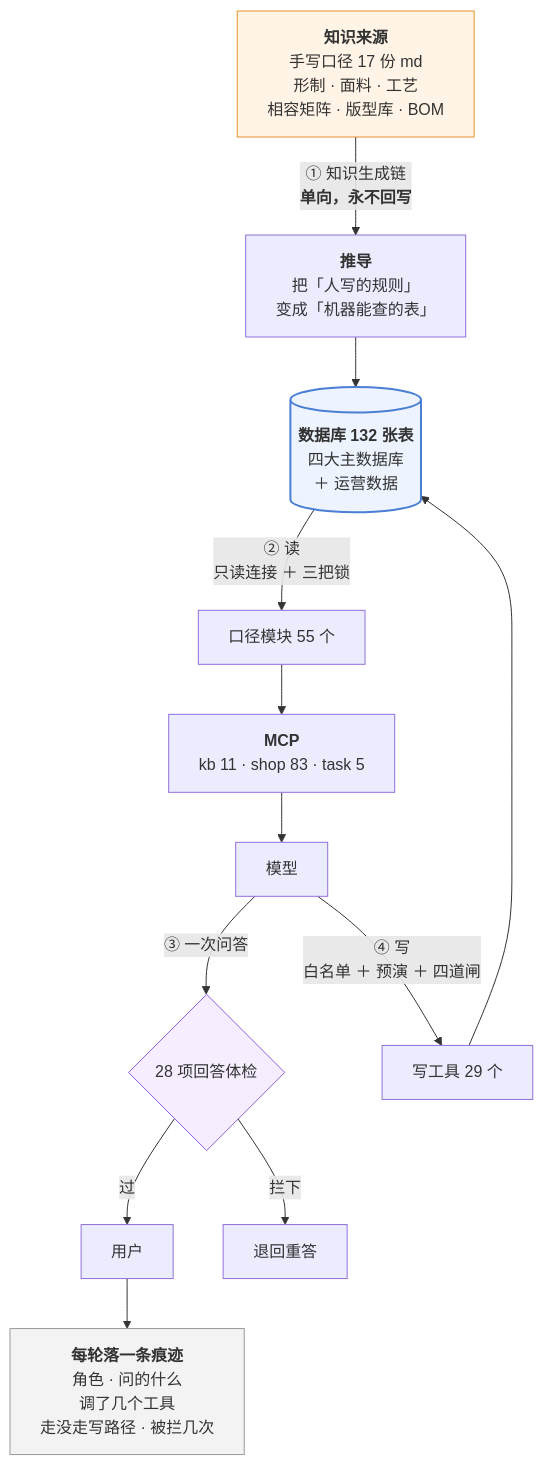
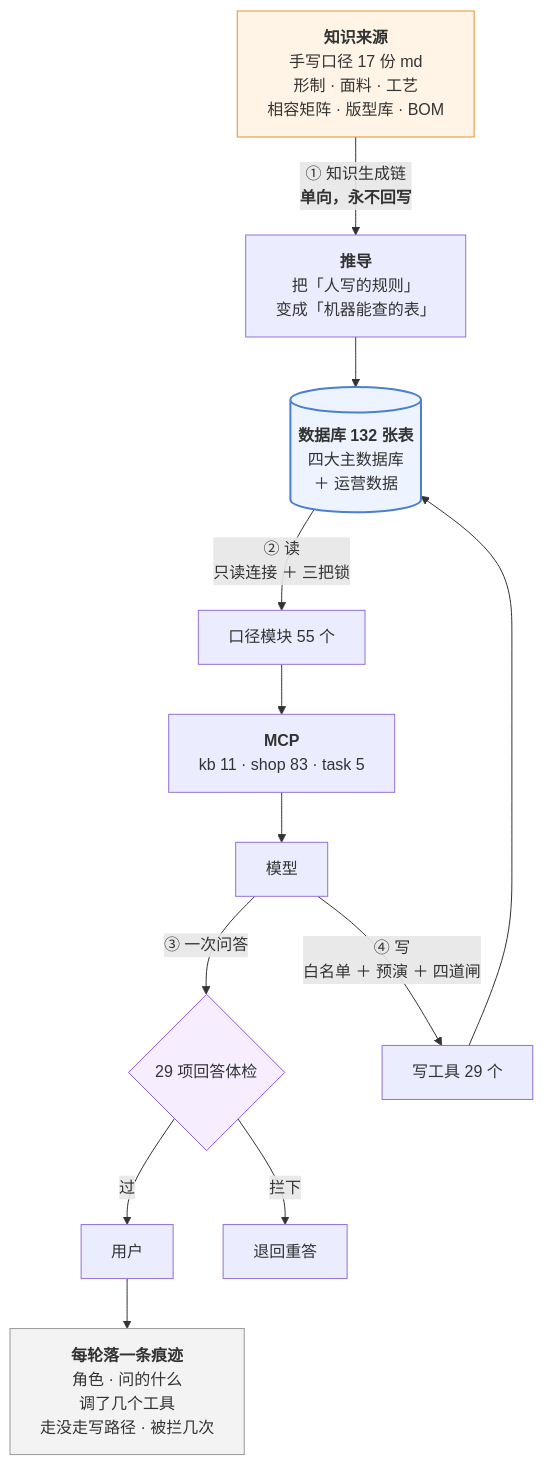
The third of 3 diagrams in 澜绣云裳agent-产品说明.md (843773296-rgb/lanxiu-yunshang-agent), drawn with Mermaid before and after one commit. The commit also changed other lines of this file and 5 other files, not shown here.

````diff
--- a/澜绣云裳agent-产品说明.md
+++ b/澜绣云裳agent-产品说明.md
@@ -1044,24 +1044,24 @@
 ```mermaid
 flowchart TD
     MD["<b>知识来源</b><br/>手写口径 17 份 md<br/>形制 · 面料 · 工艺<br/>相容矩阵 · 版型库 · BOM"]
     MD -->|"① 知识生成链<br/><b>单向，永不回写</b>"| DV["<b>推导</b><br/>把「人写的规则」<br/>变成「机器能查的表」"]
     DV --> DB[("<b>数据库 132 张表</b><br/>四大主数据库<br/>＋ 运营数据")]
 
     DB -->|"② 读<br/>只读连接 ＋ 三把锁"| KJ["口径模块 55 个"]
     KJ --> MCP["<b>MCP</b><br/>kb 11 · shop 83 · task 5"]
     MCP --> LLM["模型"]
 
-    LLM -->|"③ 一次问答"| GD{"28 项回答体检"}
+    LLM -->|"③ 一次问答"| GD{"29 项回答体检"}
     GD -- 过 --> U["用户"]
     GD -- 拦下 --> RE["退回重答"]
 
     LLM -->|"④ 写<br/>白名单 ＋ 预演 ＋ 四道闸"| W["写工具 29 个"]
     W --> DB
 
     U --> TR["<b>每轮落一条痕迹</b><br/>角色 · 问的什么<br/>调了几个工具<br/>走没走写路径 · 被拦几次"]
 
     style MD fill:#fff4e6,stroke:#e8912d
     style DB fill:#eef4ff,stroke:#4a7fd4,stroke-width:2px
     style GD fill:#f6eeff,stroke:#8b5cd6
     style TR fill:#f3f3f3,stroke:#999
 ```
````
